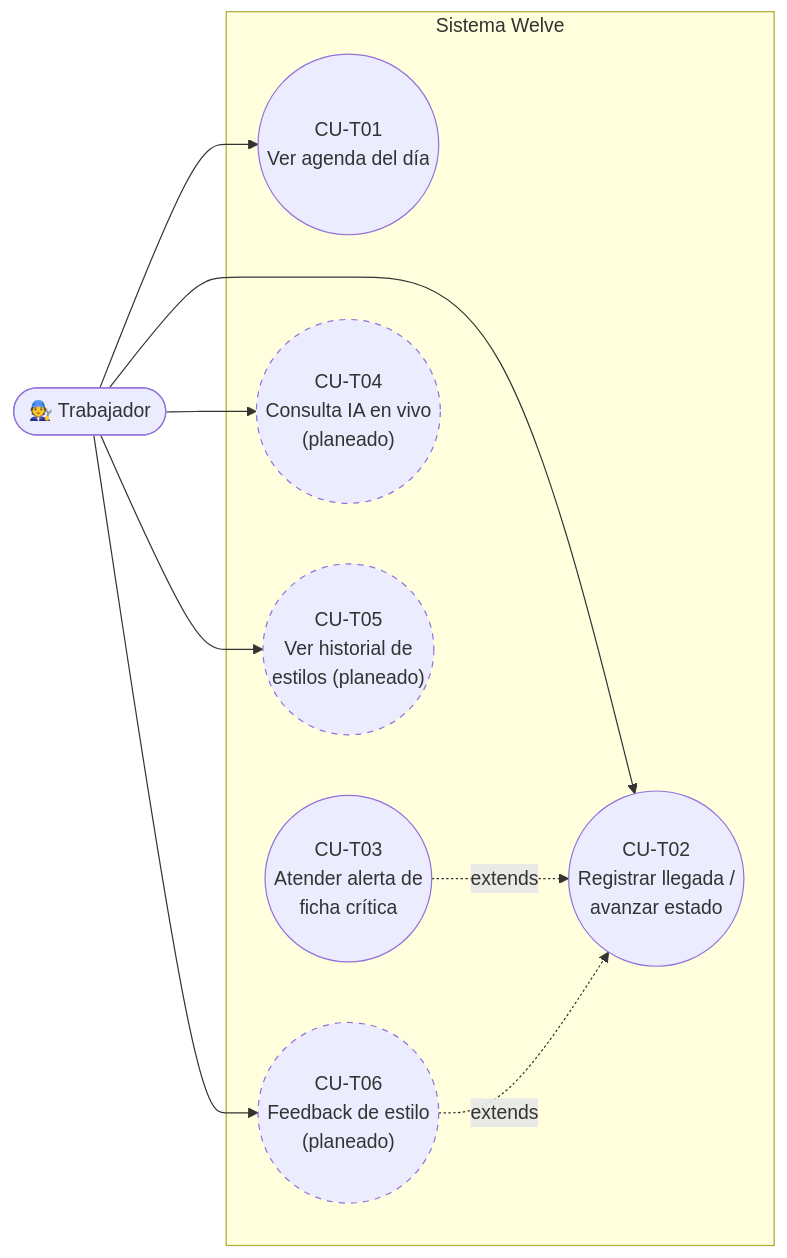
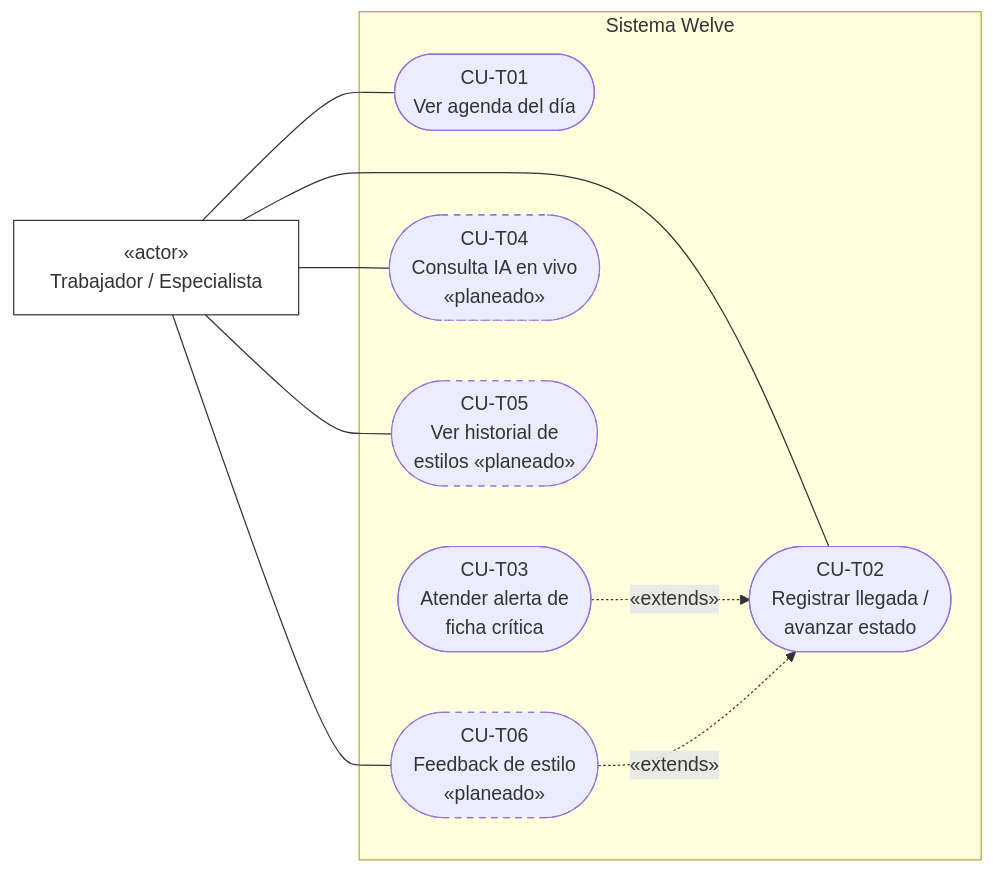
Before and after one commit to Alezzandromv/welve: the second of 3 diagrams in docs/tesis/02_CASOS_DE_USO_UML.md, drawn with Mermaid. The commit also changed other lines of this file and 3 other files, not shown here.

````diff
--- a/docs/tesis/02_CASOS_DE_USO_UML.md
+++ b/docs/tesis/02_CASOS_DE_USO_UML.md
@@ -47,25 +58,27 @@
 ```mermaid
 flowchart LR
-    Trabajador(["🧑‍🔧 Trabajador"])
+    Trabajador["«actor»<br/>Trabajador / Especialista"]
 
-    subgraph Welve2["Sistema Welve"]
-        CUT01(("CU-T01<br/>Ver agenda del día"))
-        CUT02(("CU-T02<br/>Registrar llegada /<br/>avanzar estado"))
-        CUT03(("CU-T03<br/>Atender alerta de<br/>ficha crítica"))
-        CUT04(("CU-T04<br/>Consulta IA en vivo<br/>(planeado)"))
-        CUT05(("CU-T05<br/>Ver historial de<br/>estilos (planeado)"))
-        CUT06(("CU-T06<br/>Feedback de estilo<br/>(planeado)"))
+    subgraph SistemaT["Sistema Welve"]
+        CUT01(["CU-T01<br/>Ver agenda del día"])
+        CUT02(["CU-T02<br/>Registrar llegada /<br/>avanzar estado"])
+        CUT03(["CU-T03<br/>Atender alerta de<br/>ficha crítica"])
+        CUT04(["CU-T04<br/>Consulta IA en vivo<br/>«planeado»"])
+        CUT05(["CU-T05<br/>Ver historial de<br/>estilos «planeado»"])
+        CUT06(["CU-T06<br/>Feedback de estilo<br/>«planeado»"])
     end
 
-    Trabajador --> CUT01
-    Trabajador --> CUT02
-    Trabajador --> CUT04
-    Trabajador --> CUT05
-    Trabajador --> CUT06
+    Trabajador --- CUT01
+    Trabajador --- CUT02
+    Trabajador --- CUT04
+    Trabajador --- CUT05
+    Trabajador --- CUT06
 
-    CUT03 -. "extends" .-> CUT02
-    CUT06 -. "extends" .-> CUT02
+    CUT03 -. "«extends»" .-> CUT02
+    CUT06 -. "«extends»" .-> CUT02
 
+    classDef actor fill:#fff,stroke:#333,stroke-width:1px
     classDef planeado stroke-dasharray: 5 5
+    class Trabajador actor
     class CUT04,CUT05,CUT06 planeado
 ```
````
